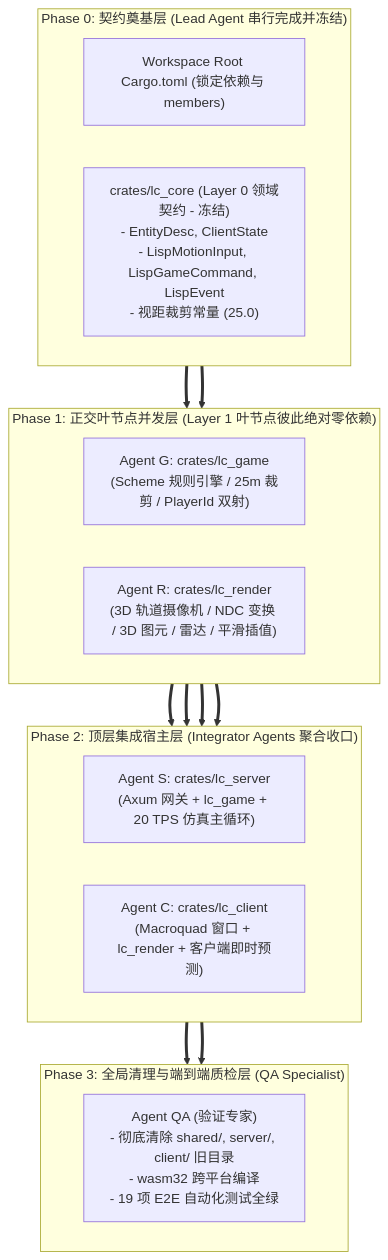
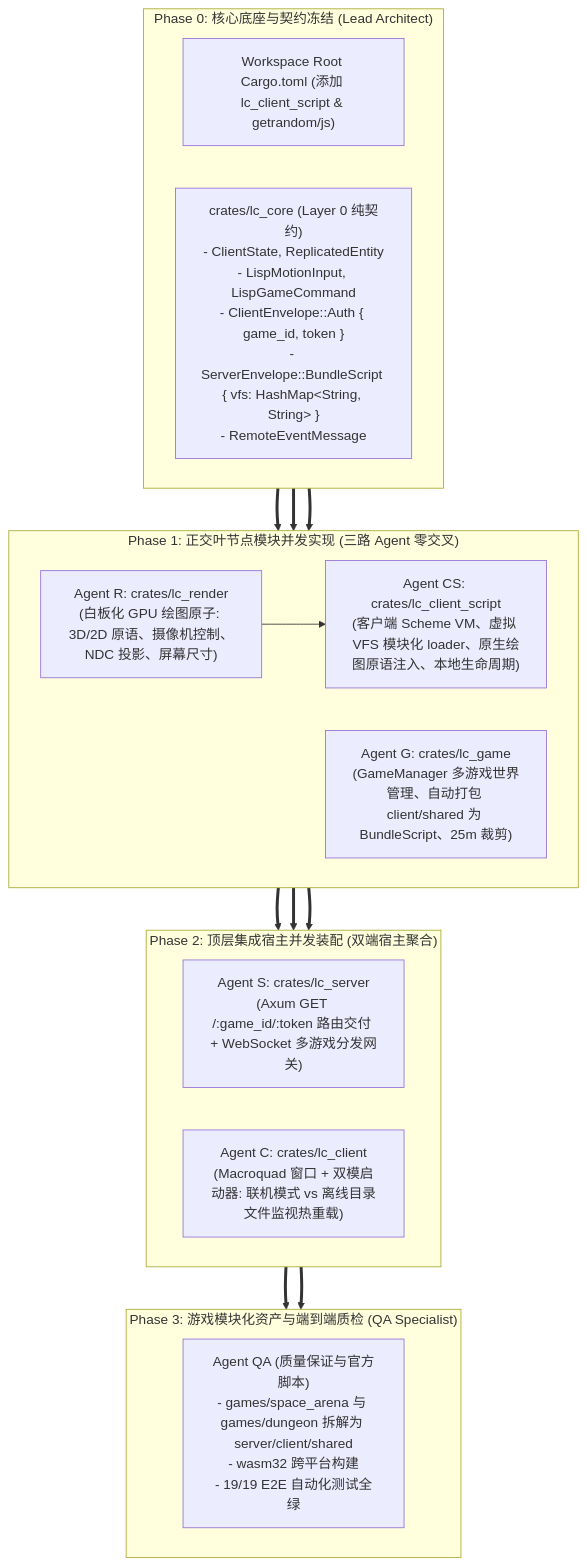
Before and after one commit to ouut/LispCraft: the diagram in docs/MULTI_AGENT_WORKFLOW.md, drawn with Mermaid. The commit also changed other lines of this file and 38 other files, not shown here.

First line of the commit message:
feat(engine): complete Roblox-style dual-scheme platform architecture

````diff
--- a/docs/MULTI_AGENT_WORKFLOW.md
+++ b/docs/MULTI_AGENT_WORKFLOW.md
@@ -11,27 +11,30 @@
 ```mermaid
 flowchart TD
-    subgraph Phase0["Phase 0: 契约奠基层 (Lead Agent 串行完成并冻结)"]
-        RootToml["Workspace Root Cargo.toml (锁定依赖与 members)"]
-        Core["crates/lc_core (Layer 0 领域契约 - 冻结)\n- EntityDesc, ClientState\n- LispMotionInput, LispGameCommand, LispEvent\n- 视距裁剪常量 (25.0)"]
+    subgraph Phase0["Phase 0: 核心底座与契约冻结 (Lead Architect)"]
+        RootToml["Workspace Root Cargo.toml (添加 lc_client_script & getrandom/js)"]
+        Core["crates/lc_core (Layer 0 纯契约)\n- ClientState, ReplicatedEntity\n- LispMotionInput, LispGameCommand\n- ClientEnvelope::Auth { game_id, token }\n- ServerEnvelope::BundleScript { vfs: HashMap&lt;String, String&gt; }\n- RemoteEventMessage"]
     end
 
-    subgraph Phase1["Phase 1: 正交叶节点并发层 (Layer 1 叶节点彼此绝对零依赖)"]
+    subgraph Phase1["Phase 1: 正交叶节点模块并发实现 (三路 Agent 零交叉)"]
         direction LR
-        AgentG["Agent G: crates/lc_game\n(Scheme 规则引擎 / 25m 裁剪 / PlayerId 双射)"]
-        AgentR["Agent R: crates/lc_render\n(3D 轨道摄像机 / NDC 变换 / 3D 图元 / 雷达 / 平滑插值)"]
+        AgentR["Agent R: crates/lc_render\n(白板化 GPU 绘图原子: 3D/2D 原语、摄像机控制、NDC 投影、屏幕尺寸)"]
+        AgentCS["Agent CS: crates/lc_client_script\n(客户端 Scheme VM、虚拟 VFS 模块化 loader、原生绘图原语注入、本地生命周期)"]
+        AgentG["Agent G: crates/lc_game\n(GameManager 多游戏世界管理、自动打包 client/shared 为 BundleScript、25m 裁剪)"]
     end
 
-    subgraph Phase2["Phase 2: 顶层集成宿主层 (Integrator Agents 聚合收口)"]
+    subgraph Phase2["Phase 2: 顶层集成宿主并发装配 (双端宿主聚合)"]
         direction LR
-        AgentS["Agent S: crates/lc_server\n(Axum 网关 + lc_game + 20 TPS 仿真主循环)"]
-        AgentC["Agent C: crates/lc_client\n(Macroquad 窗口 + lc_render + 客户端即时预测)"]
+        AgentS["Agent S: crates/lc_server\n(Axum GET /:game_id/:token 路由交付 + WebSocket 多游戏分发网关)"]
+        AgentC["Agent C: crates/lc_client\n(Macroquad 窗口 + 双模启动器: 联机模式 vs 离线目录文件监视热重载)"]
     end
 
-    subgraph Phase3["Phase 3: 全局清理与端到端质检层 (QA Specialist)"]
-        AgentQA["Agent QA (验证专家)\n- 彻底清除 shared/, server/, client/ 旧目录\n- wasm32 跨平台编译\n- 19 项 E2E 自动化测试全绿"]
+    subgraph Phase3["Phase 3: 游戏模块化资产与端到端质检 (QA Specialist)"]
+        AgentQA["Agent QA (质量保证与官方脚本)\n- games/space_arena 与 games/dungeon 拆解为 server/client/shared\n- wasm32 跨平台构建\n- 19/19 E2E 自动化测试全绿"]
     end
 
-    Phase0 ==> AgentG & AgentR
-    AgentG & AgentR ==> AgentS & AgentC
+    Phase0 ==> AgentR & AgentCS & AgentG
+    AgentR --> AgentCS
+    AgentCS & AgentR ==> AgentC
+    AgentG ==> AgentS
     AgentS & AgentC ==> Phase3
 ```
````
